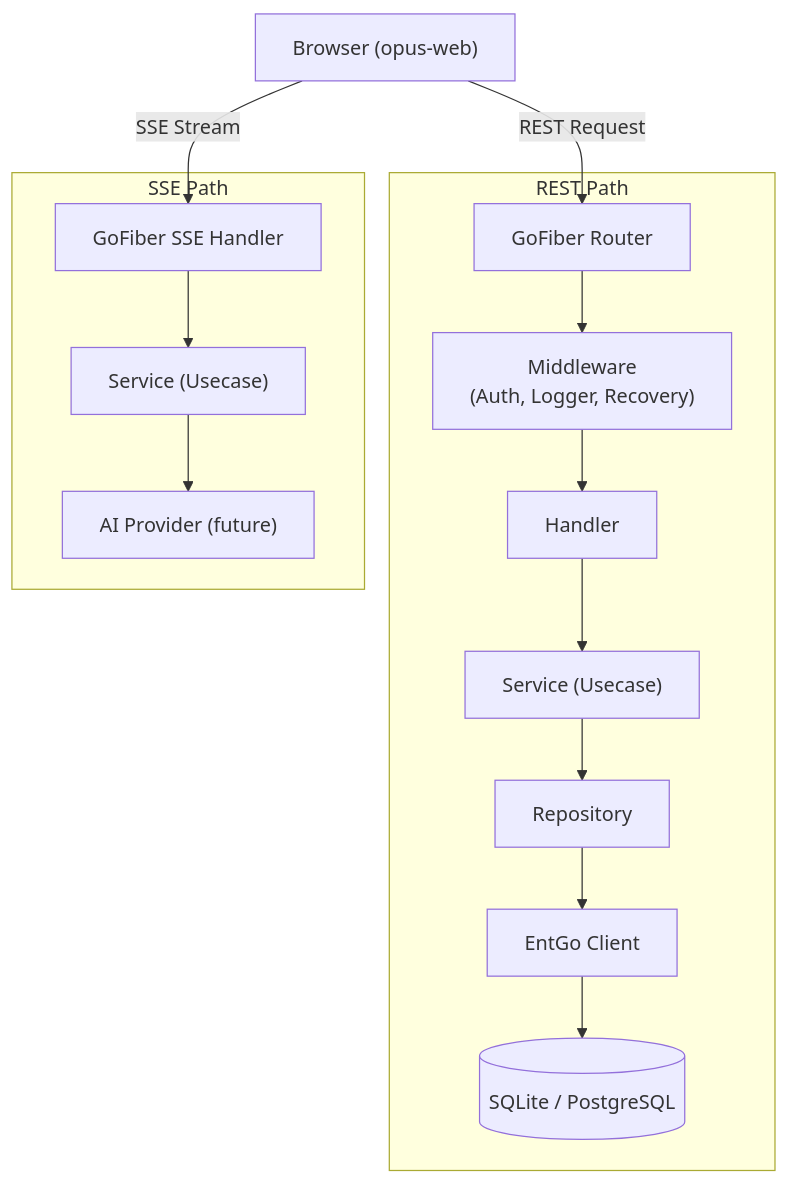
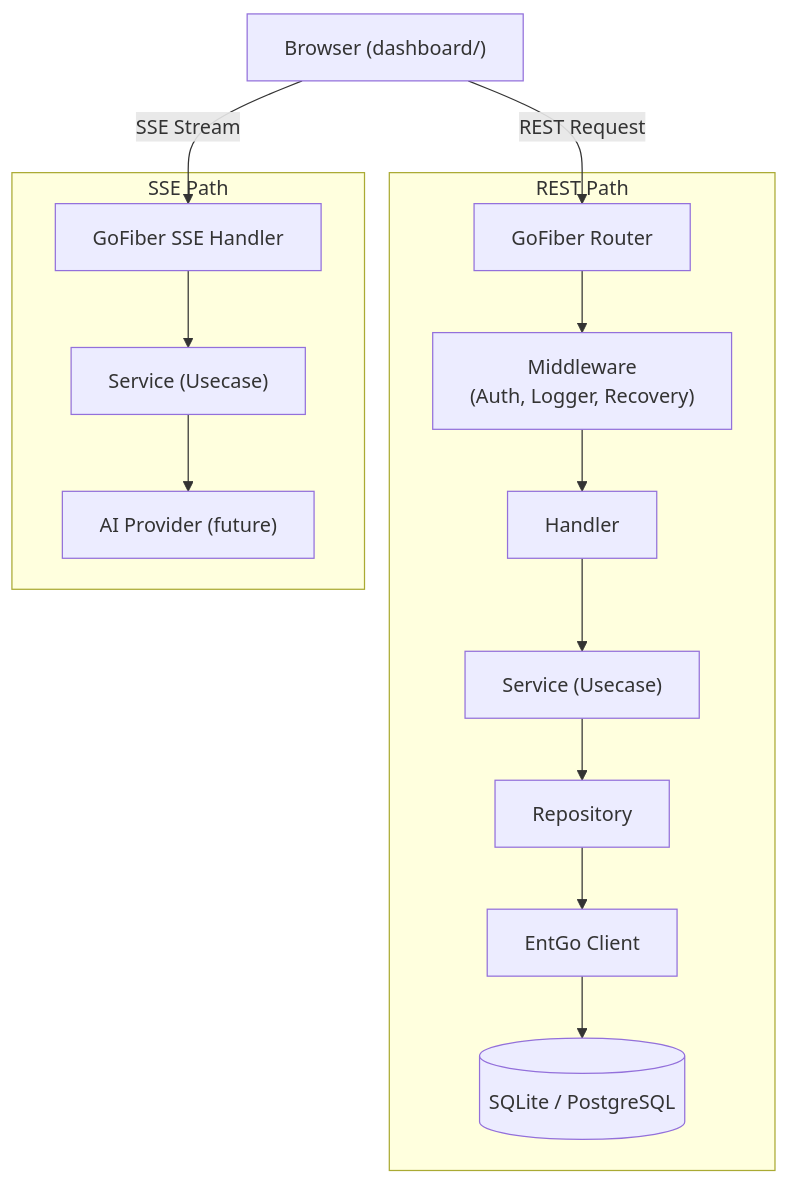
The second of 4 diagrams in docs/ARCHITECTURE.md (kilip/opus), drawn with Mermaid before and after one commit. The commit also changed other lines of this file and 1 other file, not shown here.

Commit message:
docs: update architecture and prd for v1.0.1 monorepo structure

````diff
--- a/docs/ARCHITECTURE.md
+++ b/docs/ARCHITECTURE.md
@@ -73,32 +171,32 @@
 ```mermaid
 graph TD
-    BROWSER["Browser (opus-web)"]
+    BROWSER["Browser (dashboard/)"]
     
     subgraph "REST Path"
         ROUTER["GoFiber Router"]
         MIDDLEWARE["Middleware<br/>(Auth, Logger, Recovery)"]
         HANDLER["Handler"]
         SERVICE["Service (Usecase)"]
         REPO["Repository"]
         ENT["EntGo Client"]
         DB[("SQLite / PostgreSQL")]
     end
 
     subgraph "SSE Path"
         SSE_HANDLER["GoFiber SSE Handler"]
         SSE_SERVICE["Service (Usecase)"]
         AI["AI Provider (future)"]
     end
 
     BROWSER -- "REST Request" --> ROUTER
     ROUTER --> MIDDLEWARE
     MIDDLEWARE --> HANDLER
     HANDLER --> SERVICE
     SERVICE --> REPO
     REPO --> ENT
     ENT --> DB
 
     BROWSER -- "SSE Stream" --> SSE_HANDLER
     SSE_HANDLER --> SSE_SERVICE
     SSE_SERVICE --> AI
 ```
````
